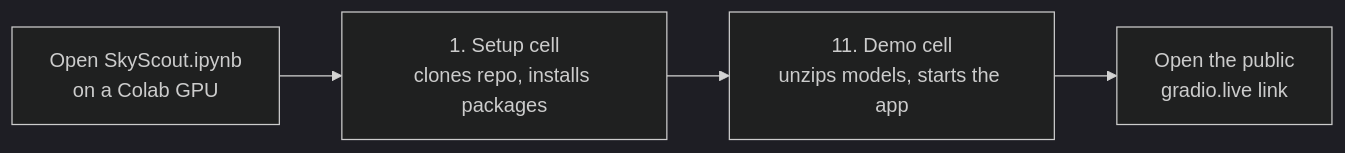
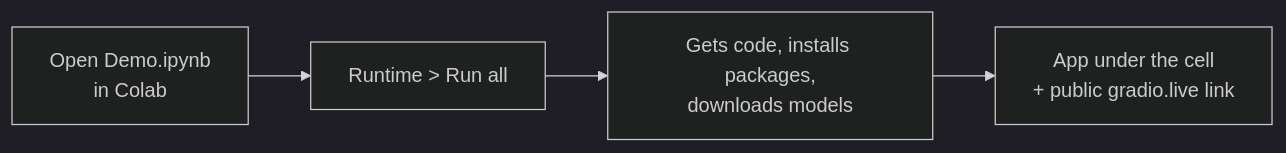
The eighth of 8 diagrams in README.md (fnmoral/skyscout-small-object-detection-yolo-vs-dfine-visdrone), drawn with Mermaid (dark theme) before and after one commit. The commit also changed other lines of this file and 3 other files, not shown here.

First line of the commit message:
Public Colab demo: Demo.ipynb, models from a release with checksum

````diff
--- a/README.md
+++ b/README.md
@@ -292,6 +295,6 @@
 ```mermaid
 flowchart LR
-    A[Open SkyScout.ipynb<br/>on a Colab GPU] --> B[1. Setup cell<br/>clones repo, installs packages]
-    B --> C[11. Demo cell<br/>unzips models, starts the app]
-    C --> D[Open the public<br/>gradio.live link]
+    A[Open Demo.ipynb<br/>in Colab] --> B[Runtime > Run all]
+    B --> C[Gets code, installs packages,<br/>downloads models]
+    C --> D[App under the cell<br/>+ public gradio.live link]
 ```
````
